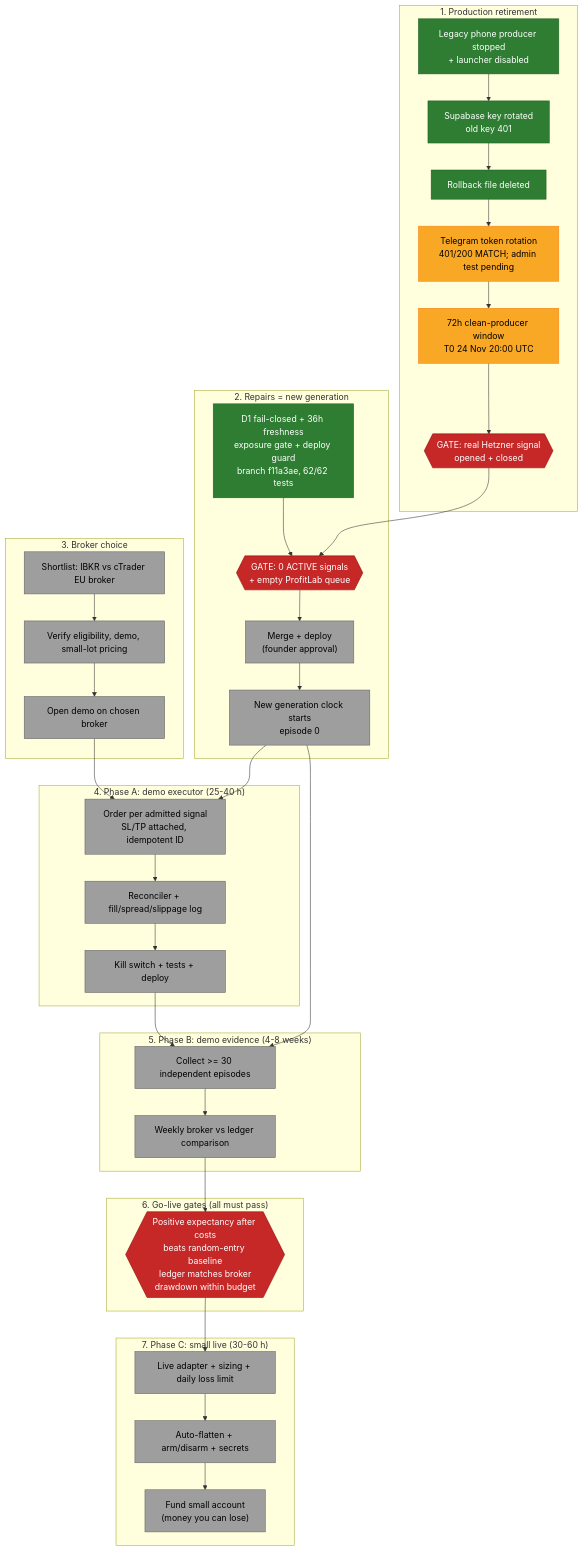
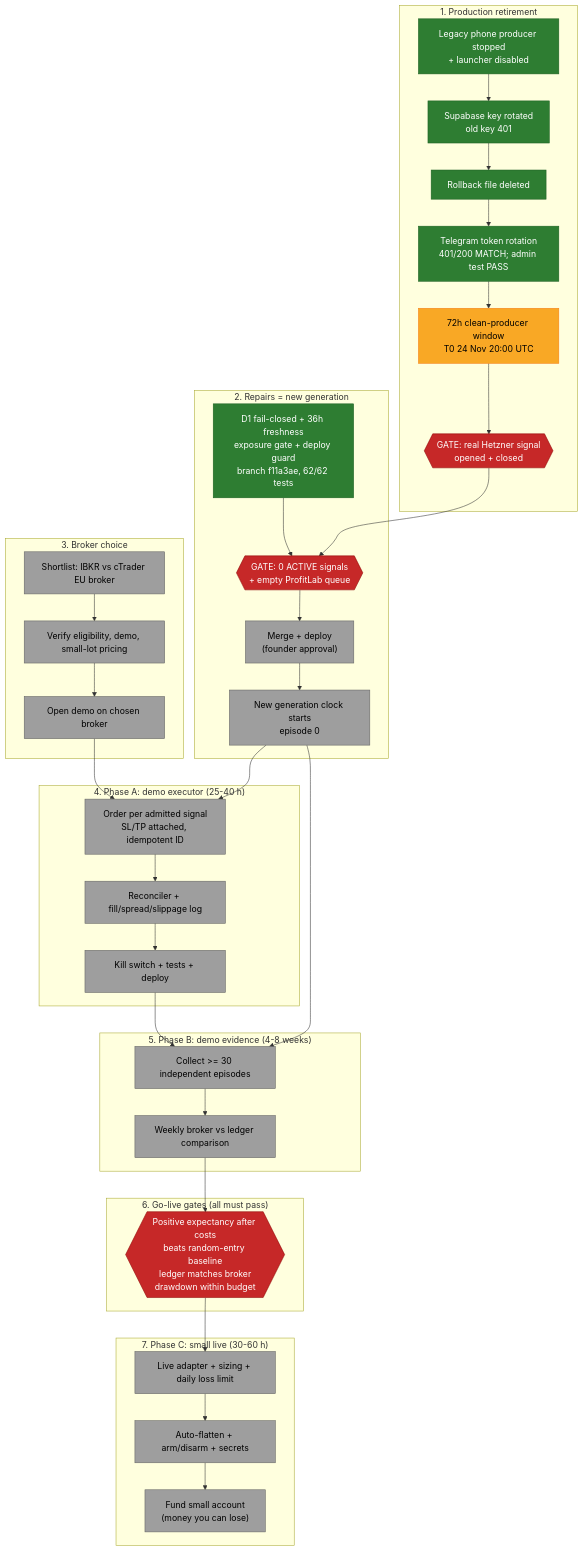
One commit to Ciupanezulflipper/BotA changed the diagram in docs/plans/bota-execution-go-live-roadmap.md. Above: the diagram before and after it, drawn with Mermaid. The commit also changed other lines of this file, not shown here.

Commit message:
docs: close Telegram rotation after founder-confirmed admin test (#141)

````diff
--- a/docs/plans/bota-execution-go-live-roadmap.md
+++ b/docs/plans/bota-execution-go-live-roadmap.md
@@ -10,69 +10,69 @@
 ```mermaid
 flowchart TD
     subgraph R["1. Production retirement"]
         R1["Legacy phone producer stopped<br/>+ launcher disabled"]
         R2["Supabase key rotated<br/>old key 401"]
         R3["Rollback file deleted"]
-        R4["Telegram token rotation<br/>401/200 MATCH; admin test pending"]
+        R4["Telegram token rotation<br/>401/200 MATCH; admin test PASS"]
         R5["72h clean-producer window<br/>T0 24 Nov 20:00 UTC"]
         R6{{"GATE: real Hetzner signal<br/>opened + closed"}}
         R1 --> R2 --> R3 --> R4 --> R5 --> R6
     end
 
     subgraph P["2. Repairs = new generation"]
         P1["D1 fail-closed + 36h freshness<br/>exposure gate + deploy guard<br/>branch f11a3ae, 62/62 tests"]
         P2{{"GATE: 0 ACTIVE signals<br/>+ empty ProfitLab queue"}}
         P3["Merge + deploy<br/>(founder approval)"]
         P4["New generation clock starts<br/>episode 0"]
         P1 --> P2 --> P3 --> P4
     end
 
     subgraph B["3. Broker choice"]
         B1["Shortlist: IBKR vs cTrader EU broker"]
         B2["Verify eligibility, demo, small-lot pricing"]
         B3["Open demo on chosen broker"]
         B1 --> B2 --> B3
     end
 
     subgraph A["4. Phase A: demo executor (25-40 h)"]
         A1["Order per admitted signal<br/>SL/TP attached, idempotent ID"]
         A2["Reconciler + fill/spread/slippage log"]
         A3["Kill switch + tests + deploy"]
         A1 --> A2 --> A3
     end
 
     subgraph D["5. Phase B: demo evidence (4-8 weeks)"]
         D1["Collect >= 30 independent episodes"]
         D2["Weekly broker vs ledger comparison"]
         D1 --> D2
     end
 
     subgraph G["6. Go-live gates (all must pass)"]
         G1{{"Positive expectancy after costs<br/>beats random-entry baseline<br/>ledger matches broker<br/>drawdown within budget"}}
     end
 
     subgraph C["7. Phase C: small live (30-60 h)"]
         C1["Live adapter + sizing + daily loss limit"]
         C2["Auto-flatten + arm/disarm + secrets"]
         C3["Fund small account<br/>(money you can lose)"]
         C1 --> C2 --> C3
     end
 
     R6 --> P2
     P4 --> A1
     B3 --> A1
     A3 --> D1
     P4 --> D1
     D2 --> G1
     G1 --> C1
 
     classDef done fill:#2e7d32,stroke:#1b5e20,color:#ffffff;
     classDef active fill:#f9a825,stroke:#f57f17,color:#000000;
     classDef pending fill:#9e9e9e,stroke:#616161,color:#000000;
     classDef gate fill:#c62828,stroke:#8e0000,color:#ffffff;
 
-    class R1,R2,R3,P1 done;
-    class R4,R5 active;
+    class R1,R2,R3,R4,P1 done;
+    class R5 active;
     class R6,P2,G1 gate;
     class P3,P4,B1,B2,B3,A1,A2,A3,D1,D2,C1,C2,C3 pending;
 ```
````
